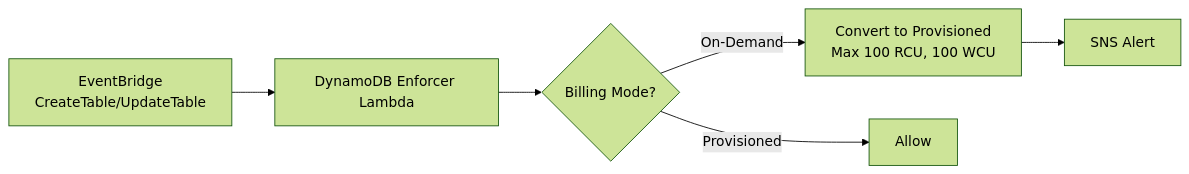
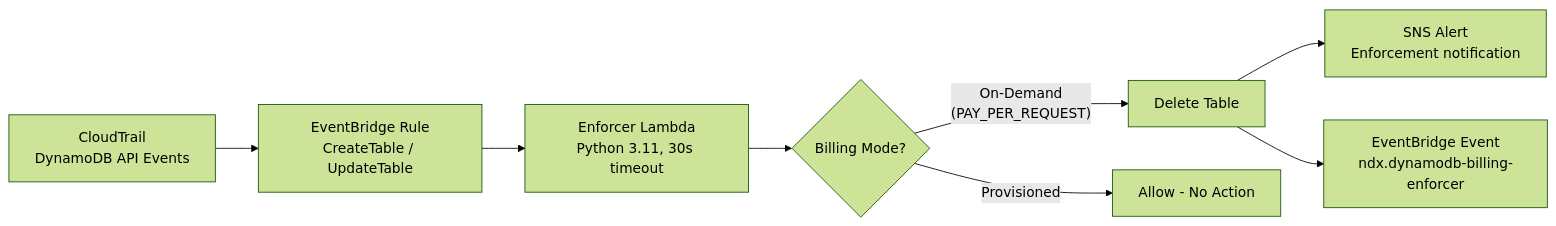
Before and after one commit to co-cddo/ndx-try-arch: the second of 3 diagrams in docs/41-terraform-scp.md, drawn with Mermaid (forest theme). The commit also changed other lines of this file and 41 other files, not shown here.

First line of the commit message:
docs: update NDX architecture documentation (#9)

````diff
--- a/docs/41-terraform-scp.md
+++ b/docs/41-terraform-scp.md
@@ -172,8 +181,10 @@
 ```mermaid
 flowchart LR
-    EVENT[EventBridge<br/>CreateTable/UpdateTable] --> LAMBDA[DynamoDB Enforcer Lambda]
-    LAMBDA --> CHECK{Billing Mode?}
-    CHECK -->|On-Demand| CONVERT[Convert to Provisioned<br/>Max 100 RCU, 100 WCU]
-    CHECK -->|Provisioned| OK[Allow]
-    CONVERT --> SNS[SNS Alert]
+    CT["CloudTrail<br/>DynamoDB API Events"] --> EB["EventBridge Rule<br/>CreateTable / UpdateTable"]
+    EB --> LF["Enforcer Lambda<br/>Python 3.11, 30s timeout"]
+    LF --> CHECK{"Billing Mode?"}
+    CHECK -->|"On-Demand<br/>(PAY_PER_REQUEST)"| DELETE["Delete Table"]
+    CHECK -->|"Provisioned"| OK["Allow - No Action"]
+    DELETE --> SNS_ALERT["SNS Alert<br/>Enforcement notification"]
+    DELETE --> EB_EVENT["EventBridge Event<br/>ndx.dynamodb-billing-enforcer"]
 ```
````
